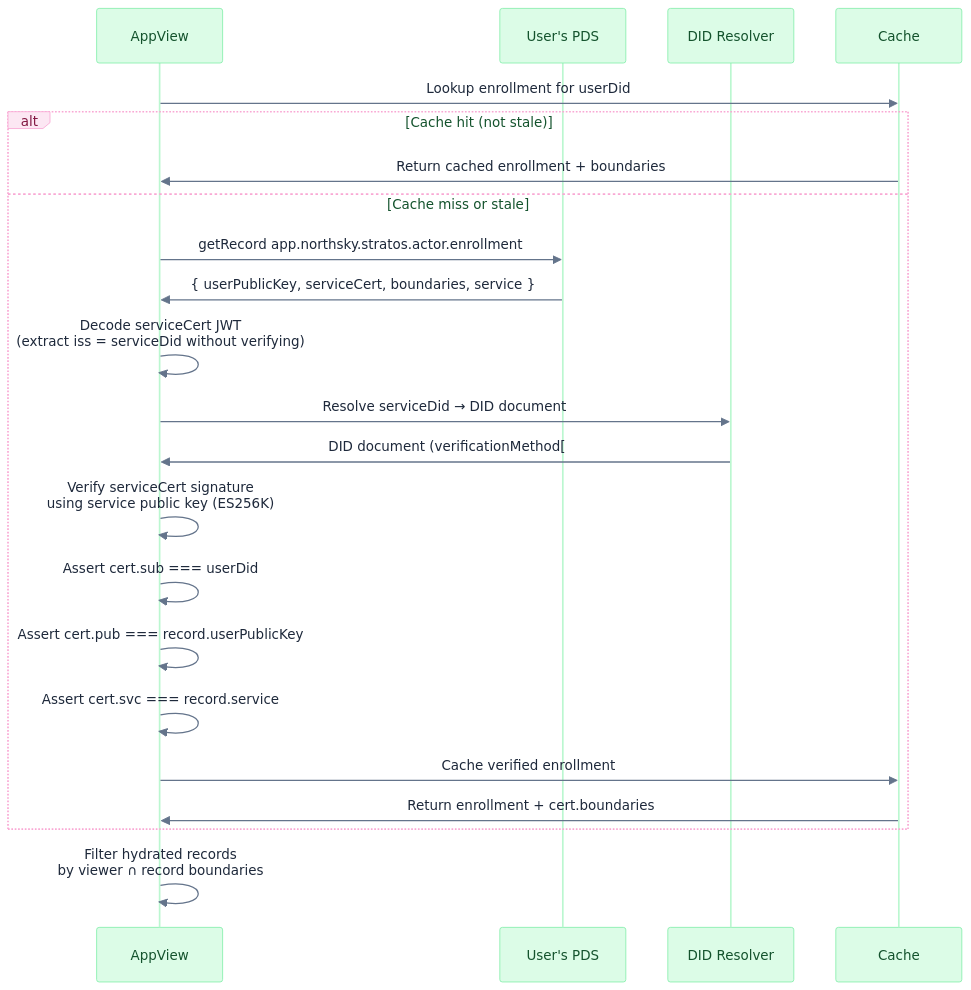
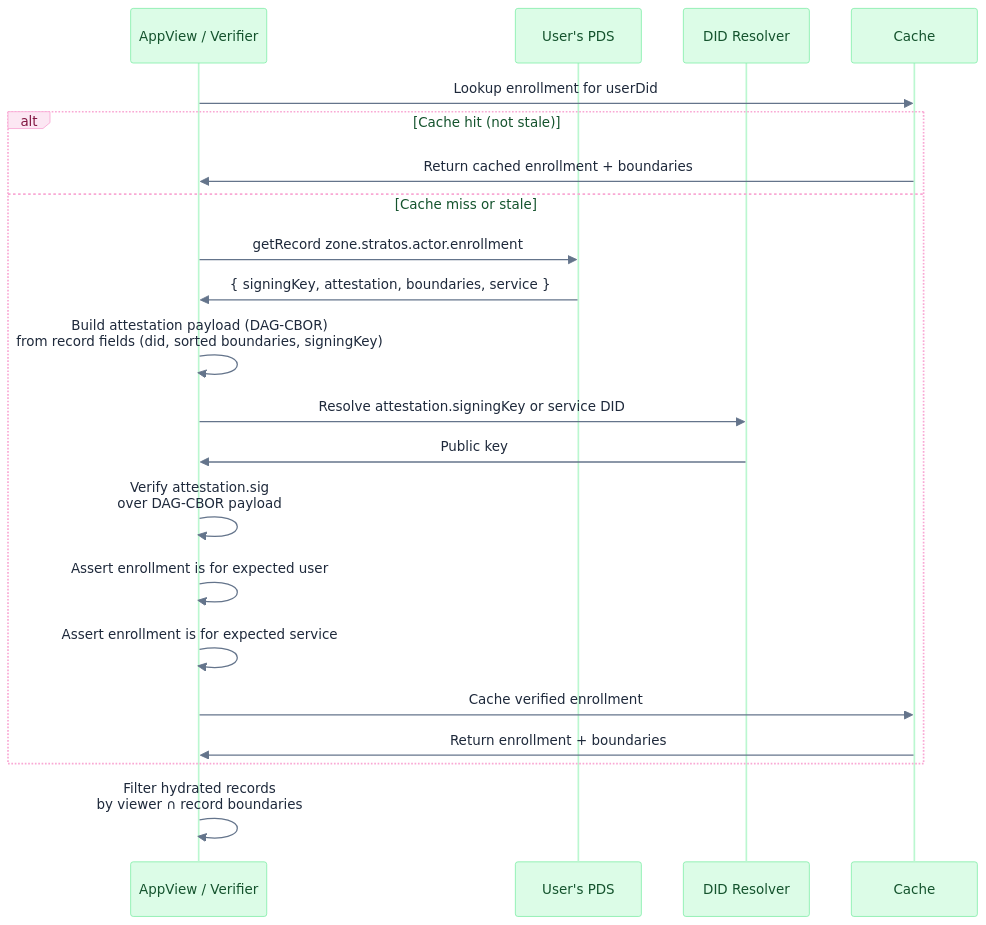
Before and after one commit to NorthskySocial/stratos: the second of 4 diagrams in docs/enrollment-signing.md, drawn with Mermaid. The commit also changed other lines of this file, not shown here.

Commit message:
Update enrollment

````diff
--- a/docs/enrollment-signing.md
+++ b/docs/enrollment-signing.md
@@ -49,47 +100,45 @@
 ```mermaid
 %%{init: {'theme': 'base', 'themeVariables': {
   'actorBkg': '#dcfce7',
   'actorBorder': '#86efac',
   'actorTextColor': '#14532d',
   'actorLineColor': '#bbf7d0',
   'noteBkgColor': '#fef9c3',
   'noteBorderColor': '#fde047',
   'noteTextColor': '#713f12',
   'activationBkgColor': '#ede9fe',
   'activationBorderColor': '#c4b5fd',
   'labelBoxBkgColor': '#fce7f3',
   'labelBoxBorderColor': '#f9a8d4',
   'labelTextColor': '#831843',
   'signalColor': '#64748b',
   'signalTextColor': '#1e293b',
   'sequenceNumberColor': '#ffffff'
 }}}%%
 sequenceDiagram
-    participant AV as AppView
+    participant AV as AppView / Verifier
     participant PDS as User's PDS
     participant DR as DID Resolver
     participant C as Cache
 
     AV->>C: Lookup enrollment for userDid
     alt Cache hit (not stale)
         C->>AV: Return cached enrollment + boundaries
     else Cache miss or stale
-        AV->>PDS: getRecord app.northsky.stratos.actor.enrollment#self
-        PDS->>AV: { userPublicKey, serviceCert, boundaries, service }
+        AV->>PDS: getRecord zone.stratos.actor.enrollment#serviceDid
+        PDS->>AV: { signingKey, attestation, boundaries, service }
 
-        AV->>AV: Decode serviceCert JWT<br/>(extract iss = serviceDid without verifying)
-        AV->>DR: Resolve serviceDid → DID document
-        DR->>AV: DID document (verificationMethod[#atproto])
+        AV->>AV: Build attestation payload (DAG-CBOR)<br/>from record fields (did, sorted boundaries, signingKey)
+        AV->>DR: Resolve attestation.signingKey or service DID
+        DR->>AV: Public key
 
-        AV->>AV: Verify serviceCert signature<br/>using service public key (ES256K)
-
-        AV->>AV: Assert cert.sub === userDid
-        AV->>AV: Assert cert.pub === record.userPublicKey
-        AV->>AV: Assert cert.svc === record.service
+        AV->>AV: Verify attestation.sig<br/>over DAG-CBOR payload
+        AV->>AV: Assert enrollment is for expected user
+        AV->>AV: Assert enrollment is for expected service
 
         AV->>C: Cache verified enrollment
-        C->>AV: Return enrollment + cert.boundaries
+        C->>AV: Return enrollment + boundaries
     end
 
     AV->>AV: Filter hydrated records<br/>by viewer ∩ record boundaries
 ```
````
